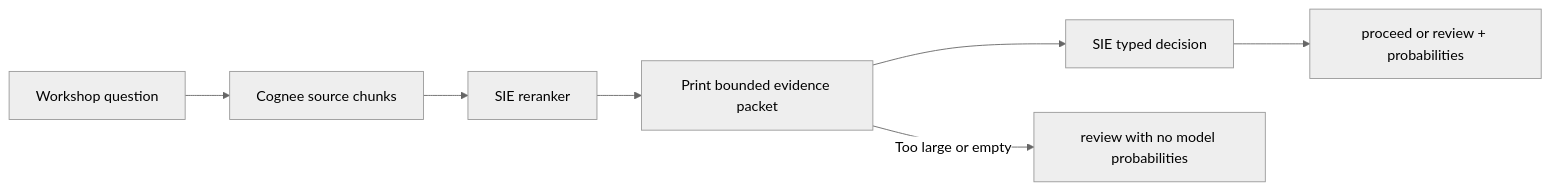
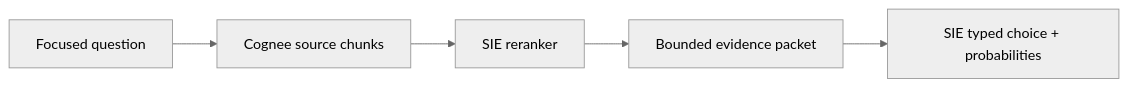
Before and after one commit to superlinked/sie: the third of 4 diagrams in examples/cognee/README.md, drawn with Mermaid (neutral theme). The commit also changed other lines of this file and 7 other files, not shown here.

````diff
--- a/examples/cognee/README.md
+++ b/examples/cognee/README.md
@@ -152,9 +129,7 @@
 ```mermaid
 flowchart LR
-  Q[Workshop question] --> R[Cognee source chunks]
+  Q[Focused question] --> R[Cognee source chunks]
   R --> K[SIE reranker]
-  K --> P[Print bounded evidence packet]
-  P --> D[SIE typed decision]
-  D --> A[proceed or review + probabilities]
-  P -->|Too large or empty| H[review with no model probabilities]
+  K --> P[Bounded evidence packet]
+  P --> D[SIE typed choice + probabilities]
 ```
````
